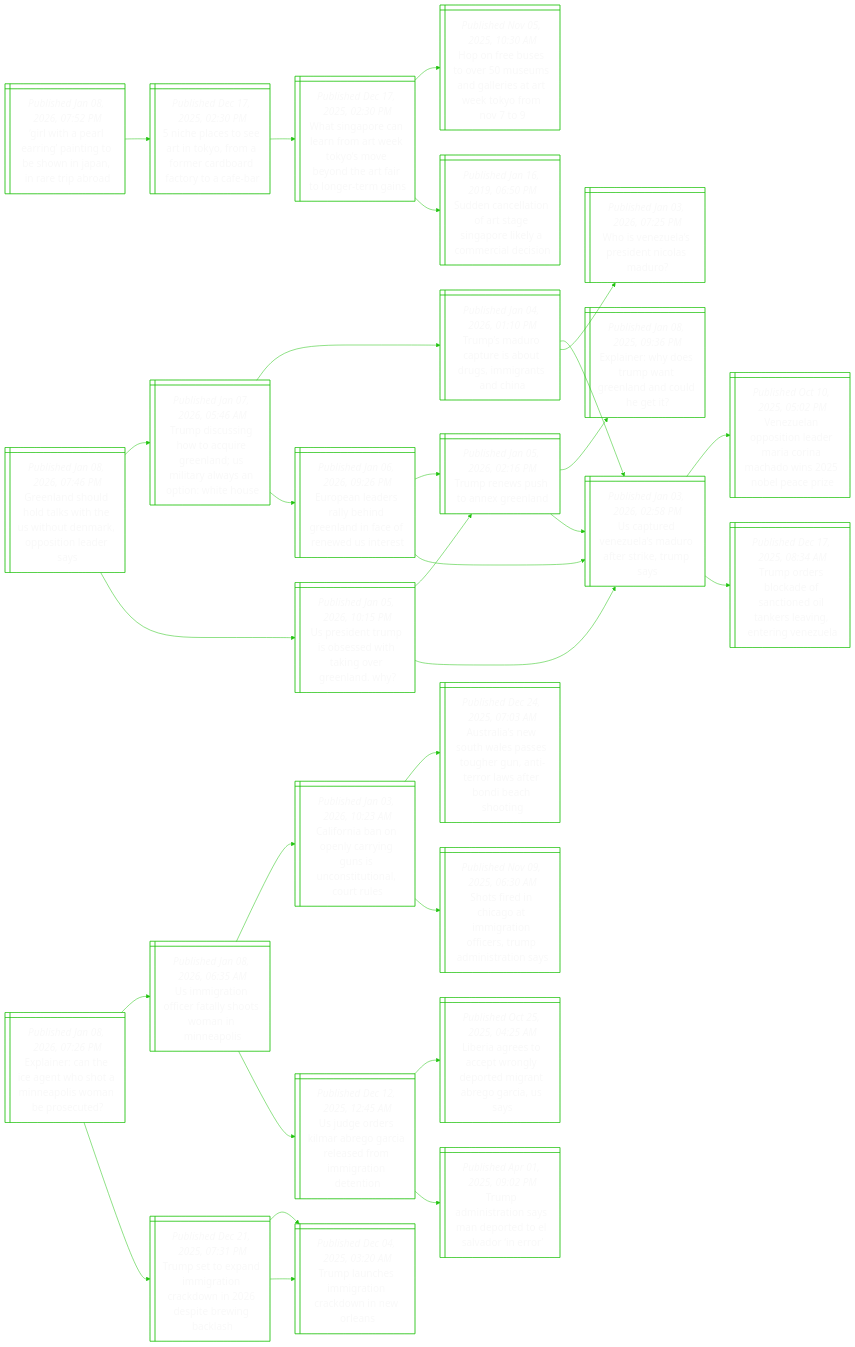
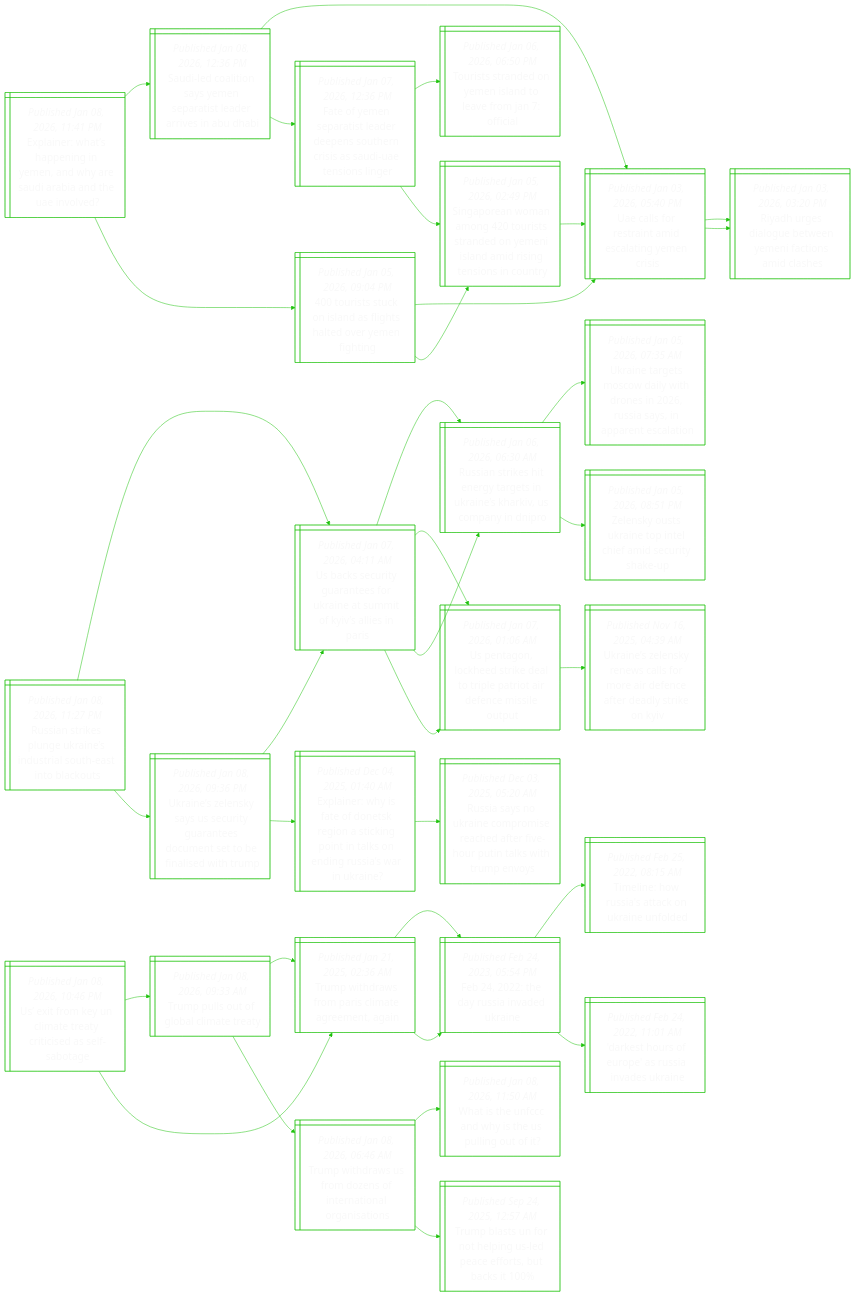
The diagram in README.md (notJmes/notJmes), drawn with Mermaid before and after one commit. The commit also changed other lines of this file, not shown here.

````diff
--- a/README.md
+++ b/README.md
@@ -16,100 +16,115 @@
 flowchart LR
 classDef txtsize font-size:20px;
 
-GieagtooJiead@{ shape: win-pane, label: "_Published Jan 08, 2026, 07:52 PM_
-‘girl with a pearl earring’ painting to be shown in japan, in rare trip abroad" }
-npsenoaeddoab@{ shape: win-pane, label: "_Published Dec 17, 2025, 02:30 PM_
-5 niche places to see art in tokyo, from a former cardboard factory to a cafe-bar" }
-WionnAeyvoealrg@{ shape: win-pane, label: "_Published Dec 17, 2025, 02:30 PM_
-What singapore can learn from art week tokyo’s move beyond the art fair to longer-term gains" }
-Hfuommgrtekot@{ shape: win-pane, label: "_Published Nov 05, 2025, 10:30 AM_
-Hop on free buses to over 50 museums and galleries at art week tokyo from nov 7 to 9" }
-SneiAanreoceo@{ shape: win-pane, label: "_Published Jan 16, 2019, 06:50 PM_
-Sudden cancellation of art stage singapore likely a commercial decision" }
+EihaiYayaraene@{ shape: win-pane, label: "_Published Jan 08, 2026, 11:41 PM_
+Explainer: what’s happening in yemen, and why are saudi arabia and the uae involved?" }
+Slaosnrteinh@{ shape: win-pane, label: "_Published Jan 08, 2026, 12:36 PM_
+Saudi-led coalition says yemen separatist leader arrives in abu dhabi" }
+Ulrraster@{ shape: win-pane, label: "_Published Jan 03, 2026, 05:40 PM_
+Uae calls for restraint amid escalating yemen crisis" }
+Rhsoenntals@{ shape: win-pane, label: "_Published Jan 03, 2026, 03:20 PM_
+Riyadh urges dialogue between yemeni factions amid clashes" }
+FfnrteporsSUnse@{ shape: win-pane, label: "_Published Jan 07, 2026, 12:36 PM_
+Fate of yemen separatist leader deepens southern crisis as saudi-uae tensions linger" }
+TsrdmloeJfl@{ shape: win-pane, label: "_Published Jan 06, 2026, 06:50 PM_
+Tourists stranded on yemen island to leave from jan 7: official" }
+Spnngiteeidrgint@{ shape: win-pane, label: "_Published Jan 05, 2026, 02:49 PM_
+Singaporean woman among 420 tourists stranded on yemeni island amid rising tensions in country" }
+tsuidihdYfi@{ shape: win-pane, label: "_Published Jan 05, 2026, 09:04 PM_
+400 tourists stuck on island as flights halted over yemen fighting" }
+Ulrraster@{ shape: win-pane, label: "_Published Jan 03, 2026, 05:40 PM_
+Uae calls for restraint amid escalating yemen crisis" }
+Rhsoenntals@{ shape: win-pane, label: "_Published Jan 03, 2026, 03:20 PM_
+Riyadh urges dialogue between yemeni factions amid clashes" }
+Spnngiteeidrgint@{ shape: win-pane, label: "_Published Jan 05, 2026, 02:49 PM_
+Singaporean woman among 420 tourists stranded on yemeni island amid rising tensions in country" }
+Ulrraster@{ shape: win-pane, label: "_Published Jan 03, 2026, 05:40 PM_
+Uae calls for restraint amid escalating yemen crisis" }
 
-GieagtooJiead:::txtsize --> npsenoaeddoab:::txtsize
-npsenoaeddoab:::txtsize --> WionnAeyvoealrg:::txtsize
-WionnAeyvoealrg:::txtsize --> Hfuommgrtekot:::txtsize
-WionnAeyvoealrg:::txtsize --> SneiAanreoceo:::txtsize
+EihaiYayaraene:::txtsize --> Slaosnrteinh:::txtsize
+Slaosnrteinh:::txtsize --> Ulrraster:::txtsize
+Ulrraster:::txtsize --> Rhsoenntals:::txtsize
+Slaosnrteinh:::txtsize --> FfnrteporsSUnse:::txtsize
+FfnrteporsSUnse:::txtsize --> TsrdmloeJfl:::txtsize
+FfnrteporsSUnse:::txtsize --> Spnngiteeidrgint:::txtsize
+EihaiYayaraene:::txtsize --> tsuidihdYfi:::txtsize
+tsuidihdYfi:::txtsize --> Ulrraster:::txtsize
+Ulrraster:::txtsize --> Rhsoenntals:::txtsize
+tsuidihdYfi:::txtsize --> Spnngiteeidrgint:::txtsize
+Spnngiteeidrgint:::txtsize --> Ulrraster:::txtsize
 
-GlhhaietDroody@{ shape: win-pane, label: "_Published Jan 08, 2026, 07:46 PM_
-Greenland should hold talks with the us without denmark, opposition leader says" }
-TdsharedlyypWH@{ shape: win-pane, label: "_Published Jan 07, 2026, 05:46 AM_
-Trump discussing how to acquire greenland; us military always an option: white house" }
-Tsrtstsgsh@{ shape: win-pane, label: "_Published Jan 04, 2026, 01:10 PM_
-Trump’s maduro capture is about drugs, immigrants and china" }
-UtVuMorkms@{ shape: win-pane, label: "_Published Jan 03, 2026, 02:58 PM_
-Us captured venezuela’s maduro after strike, trump says" }
-WVuPdisr@{ shape: win-pane, label: "_Published Jan 03, 2026, 07:25 PM_
-Who is venezuela’s president nicolas maduro?" }
-EearbdnienUe@{ shape: win-pane, label: "_Published Jan 06, 2026, 09:26 PM_
-European leaders rally behind greenland in face of renewed us interest" }
-Trsteed@{ shape: win-pane, label: "_Published Jan 05, 2026, 02:16 PM_
-Trump renews push to annex greenland" }
-UtVuMorkms@{ shape: win-pane, label: "_Published Jan 03, 2026, 02:58 PM_
-Us captured venezuela’s maduro after strike, trump says" }
-UstpsdtgGlh@{ shape: win-pane, label: "_Published Jan 05, 2026, 10:15 PM_
-Us president trump is obsessed with taking over greenland. why?" }
-Trsteed@{ shape: win-pane, label: "_Published Jan 05, 2026, 02:16 PM_
-Trump renews push to annex greenland" }
-EihspGlnle@{ shape: win-pane, label: "_Published Jan 08, 2025, 09:36 PM_
-Explainer: why does trump want greenland and could he get it?" }
-UtVuMorkms@{ shape: win-pane, label: "_Published Jan 03, 2026, 02:58 PM_
-Us captured venezuela’s maduro after strike, trump says" }
-UtVuMorkms@{ shape: win-pane, label: "_Published Jan 03, 2026, 02:58 PM_
-Us captured venezuela’s maduro after strike, trump says" }
-Vuoilranhibai@{ shape: win-pane, label: "_Published Oct 10, 2025, 05:02 PM_
-Venezuelan opposition leader maria corina machado wins 2025 nobel peace prize" }
-Toskftdasitgz@{ shape: win-pane, label: "_Published Dec 17, 2025, 08:34 AM_
-Trump orders blockade of sanctioned oil tankers leaving, entering venezuela" }
+RailUndiusok@{ shape: win-pane, label: "_Published Jan 08, 2026, 11:27 PM_
+Russian strikes plunge ukraine’s industrial south-east into blackouts" }
+UkugnframKasr@{ shape: win-pane, label: "_Published Jan 07, 2026, 04:11 AM_
+Us backs security guarantees for ukraine at summit of kyiv’s allies in paris" }
+RaiirriaKioyi@{ shape: win-pane, label: "_Published Jan 06, 2026, 06:30 AM_
+Russian strikes hit energy targets in ukraine’s kharkiv, us company in dnipro" }
+Ungodwrisypnao@{ shape: win-pane, label: "_Published Jan 05, 2026, 07:35 AM_
+Ukraine targets moscow daily with drones in 2026, russia says, in apparent escalation" }
+Zssrttiiusu@{ shape: win-pane, label: "_Published Jan 05, 2026, 08:51 PM_
+Zelensky ousts ukraine top intel chief amid security shake-up" }
+UtLereteirnsot@{ shape: win-pane, label: "_Published Jan 07, 2026, 01:06 AM_
+Us pentagon, lockheed strike deal to triple patriot air defence missile output" }
+Unlywlmiefesei@{ shape: win-pane, label: "_Published Nov 16, 2025, 04:39 AM_
+Ukraine’s zelensky renews calls for more air defence after deadly strike on kyiv" }
+UnlyUugndetfiiu@{ shape: win-pane, label: "_Published Jan 08, 2026, 09:36 PM_
+Ukraine’s zelensky says us security guarantees document set to be finalised with trump" }
+UkugnframKasr@{ shape: win-pane, label: "_Published Jan 07, 2026, 04:11 AM_
+Us backs security guarantees for ukraine at summit of kyiv’s allies in paris" }
+RaiirriaKioyi@{ shape: win-pane, label: "_Published Jan 06, 2026, 06:30 AM_
+Russian strikes hit energy targets in ukraine’s kharkiv, us company in dnipro" }
+UtLereteirnsot@{ shape: win-pane, label: "_Published Jan 07, 2026, 01:06 AM_
+Us pentagon, lockheed strike deal to triple patriot air defence missile output" }
+EihaDsitnnannsake@{ shape: win-pane, label: "_Published Dec 04, 2025, 01:40 AM_
+Explainer: why is fate of donetsk region a sticking point in talks on ending russia’s war in ukraine?" }
+Ranaomedrhuaiuv@{ shape: win-pane, label: "_Published Dec 03, 2025, 05:20 AM_
+Russia says no ukraine compromise reached after five-hour putin talks with trump envoys" }
 
-GlhhaietDroody:::txtsize --> TdsharedlyypWH:::txtsize
-TdsharedlyypWH:::txtsize --> Tsrtstsgsh:::txtsize
-Tsrtstsgsh:::txtsize --> UtVuMorkms:::txtsize
-Tsrtstsgsh:::txtsize --> WVuPdisr:::txtsize
-TdsharedlyypWH:::txtsize --> EearbdnienUe:::txtsize
-EearbdnienUe:::txtsize --> Trsteed:::txtsize
-EearbdnienUe:::txtsize --> UtVuMorkms:::txtsize
-GlhhaietDroody:::txtsize --> UstpsdtgGlh:::txtsize
-UstpsdtgGlh:::txtsize --> Trsteed:::txtsize
-Trsteed:::txtsize --> EihspGlnle:::txtsize
-Trsteed:::txtsize --> UtVuMorkms:::txtsize
-UstpsdtgGlh:::txtsize --> UtVuMorkms:::txtsize
-UtVuMorkms:::txtsize --> Vuoilranhibai:::txtsize
-UtVuMorkms:::txtsize --> Toskftdasitgz:::txtsize
+RailUndiusok:::txtsize --> UkugnframKasr:::txtsize
+UkugnframKasr:::txtsize --> RaiirriaKioyi:::txtsize
+RaiirriaKioyi:::txtsize --> Ungodwrisypnao:::txtsize
+RaiirriaKioyi:::txtsize --> Zssrttiiusu:::txtsize
+UkugnframKasr:::txtsize --> UtLereteirnsot:::txtsize
+UtLereteirnsot:::txtsize --> Unlywlmiefesei:::txtsize
+RailUndiusok:::txtsize --> UnlyUugndetfiiu:::txtsize
+UnlyUugndetfiiu:::txtsize --> UkugnframKasr:::txtsize
+UkugnframKasr:::txtsize --> RaiirriaKioyi:::txtsize
+UkugnframKasr:::txtsize --> UtLereteirnsot:::txtsize
+UnlyUugndetfiiu:::txtsize --> EihaDsitnnannsake:::txtsize
+EihaDsitnnannsake:::txtsize --> Ranaomedrhuaiuv:::txtsize
 
-EiaIeoaeiaru@{ shape: win-pane, label: "_Published Jan 08, 2026, 07:26 PM_
-Explainer: can the ice agent who shot a minneapolis woman be prosecuted?" }
-UiifflomMas@{ shape: win-pane, label: "_Published Jan 08, 2026, 06:35 AM_
-Us immigration officer fatally shoots woman in minneapolis" }
-Coboyyuustlts@{ shape: win-pane, label: "_Published Jan 03, 2026, 10:23 AM_
-California ban on openly carrying guns is unconstitutional, court rules" }
-AaNulsornratnaog@{ shape: win-pane, label: "_Published Dec 24, 2025, 07:03 AM_
-Australia’s new south wales passes tougher gun, anti-terror laws after bondi beach shooting" }
-SfictgoiTaita@{ shape: win-pane, label: "_Published Nov 09, 2025, 06:30 AM_
-Shots fired in chicago at immigration officers, trump administration says" }
-UgelbGaarmtei@{ shape: win-pane, label: "_Published Dec 12, 2025, 12:45 AM_
-Us judge orders kilmar abrego garcia released from immigration detention" }
-LieatgpdaraUs@{ shape: win-pane, label: "_Published Oct 25, 2025, 04:25 AM_
-Liberia agrees to accept wrongly deported migrant abrego garcia, us says" }
-Taitanrolrr@{ shape: win-pane, label: "_Published Apr 01, 2025, 09:02 PM_
-Trump administration says man deported to el salvador ‘in error’" }
-Tsedgocnsbnk@{ shape: win-pane, label: "_Published Dec 21, 2025, 07:31 PM_
-Trump set to expand immigration crackdown in 2026 despite brewing backlash" }
-TlhmtroNl@{ shape: win-pane, label: "_Published Dec 04, 2025, 03:20 AM_
-Trump launches immigration crackdown in new orleans" }
-TlhmtroNl@{ shape: win-pane, label: "_Published Dec 04, 2025, 03:20 AM_
-Trump launches immigration crackdown in new orleans" }
+Utkctaissag@{ shape: win-pane, label: "_Published Jan 08, 2026, 10:46 PM_
+Us’ exit from key un climate treaty criticised as self-sabotage" }
+Tpoglae@{ shape: win-pane, label: "_Published Jan 08, 2026, 09:33 AM_
+Trump pulls out of global climate treaty" }
+Twrrriamg@{ shape: win-pane, label: "_Published Jan 21, 2025, 02:36 AM_
+Trump withdraws from paris climate agreement, again" }
+Feuiea@{ shape: win-pane, label: "_Published Feb 24, 2023, 05:54 PM_
+Feb 24, 2022: the day russia invaded ukraine" }
+TwrSdsttlni@{ shape: win-pane, label: "_Published Jan 08, 2026, 06:46 AM_
+Trump withdraws us from dozens of international organisations" }
+WsNayeloi@{ shape: win-pane, label: "_Published Jan 08, 2026, 11:50 AM_
+What is the unfccc and why is the us pulling out of it?" }
+Tbsregderts@{ shape: win-pane, label: "_Published Sep 24, 2025, 12:57 AM_
+Trump blasts un for not helping us-led peace efforts, but backs it 100%" }
+Twrrriamg@{ shape: win-pane, label: "_Published Jan 21, 2025, 02:36 AM_
+Trump withdraws from paris climate agreement, again" }
+Feuiea@{ shape: win-pane, label: "_Published Feb 24, 2023, 05:54 PM_
+Feb 24, 2022: the day russia invaded ukraine" }
+Tiwitnifd@{ shape: win-pane, label: "_Published Feb 25, 2022, 08:15 AM_
+Timeline: how russia's attack on ukraine unfolded" }
+DsruasvUn@{ shape: win-pane, label: "_Published Feb 24, 2022, 11:01 AM_
+'darkest hours of europe' as russia invades ukraine" }
 
-EiaIeoaeiaru:::txtsize --> UiifflomMas:::txtsize
-UiifflomMas:::txtsize --> Coboyyuustlts:::txtsize
-Coboyyuustlts:::txtsize --> AaNulsornratnaog:::txtsize
-Coboyyuustlts:::txtsize --> SfictgoiTaita:::txtsize
-UiifflomMas:::txtsize --> UgelbGaarmtei:::txtsize
-UgelbGaarmtei:::txtsize --> LieatgpdaraUs:::txtsize
-UgelbGaarmtei:::txtsize --> Taitanrolrr:::txtsize
-EiaIeoaeiaru:::txtsize --> Tsedgocnsbnk:::txtsize
-Tsedgocnsbnk:::txtsize --> TlhmtroNl:::txtsize
-Tsedgocnsbnk:::txtsize --> TlhmtroNl:::txtsize
+Utkctaissag:::txtsize --> Tpoglae:::txtsize
+Tpoglae:::txtsize --> Twrrriamg:::txtsize
+Twrrriamg:::txtsize --> Feuiea:::txtsize
+Tpoglae:::txtsize --> TwrSdsttlni:::txtsize
+TwrSdsttlni:::txtsize --> WsNayeloi:::txtsize
+TwrSdsttlni:::txtsize --> Tbsregderts:::txtsize
+Utkctaissag:::txtsize --> Twrrriamg:::txtsize
+Twrrriamg:::txtsize --> Feuiea:::txtsize
+Feuiea:::txtsize --> Tiwitnifd:::txtsize
+Feuiea:::txtsize --> DsruasvUn:::txtsize
 
 ```
````
